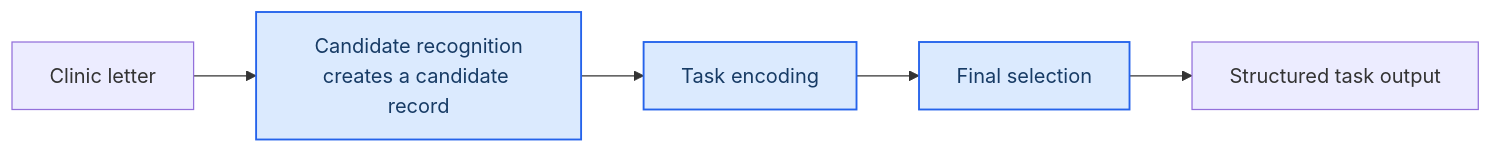
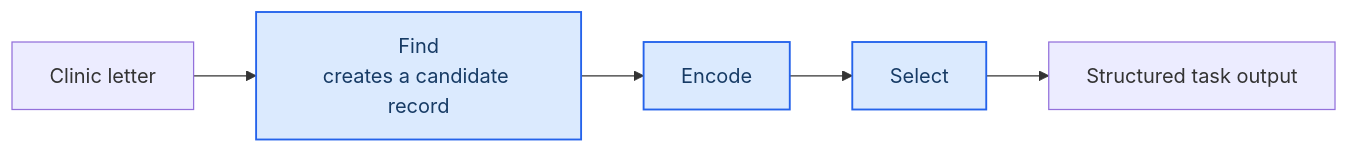
One commit to cbrown564-alt/clinical_extraction changed the diagram in docs/paper/sections/methods.md. Above: the diagram before and after it, drawn with Mermaid. The commit also changed other lines of this file and 60 other files, not shown here.

First line of the commit message:
Rename the first pipeline stage from recognise to find.

````diff
--- a/docs/paper/sections/methods.md
+++ b/docs/paper/sections/methods.md
@@ -171,10 +164,10 @@
 ```mermaid
 flowchart LR
-    letter[Clinic letter] --> recognise[Candidate recognition<br/>creates a candidate record]
-    recognise --> encode[Task encoding]
-    encode --> select[Final selection]
+    letter[Clinic letter] --> find[Find<br/>creates a candidate record]
+    find --> encode[Encode]
+    encode --> select[Select]
     select --> output[Structured task output]
 
     classDef stage fill:#dbeafe,stroke:#2563eb,color:#173b65,stroke-width:1.5px;
-    class recognise,encode,select stage;
+    class find,encode,select stage;
 ```
````
